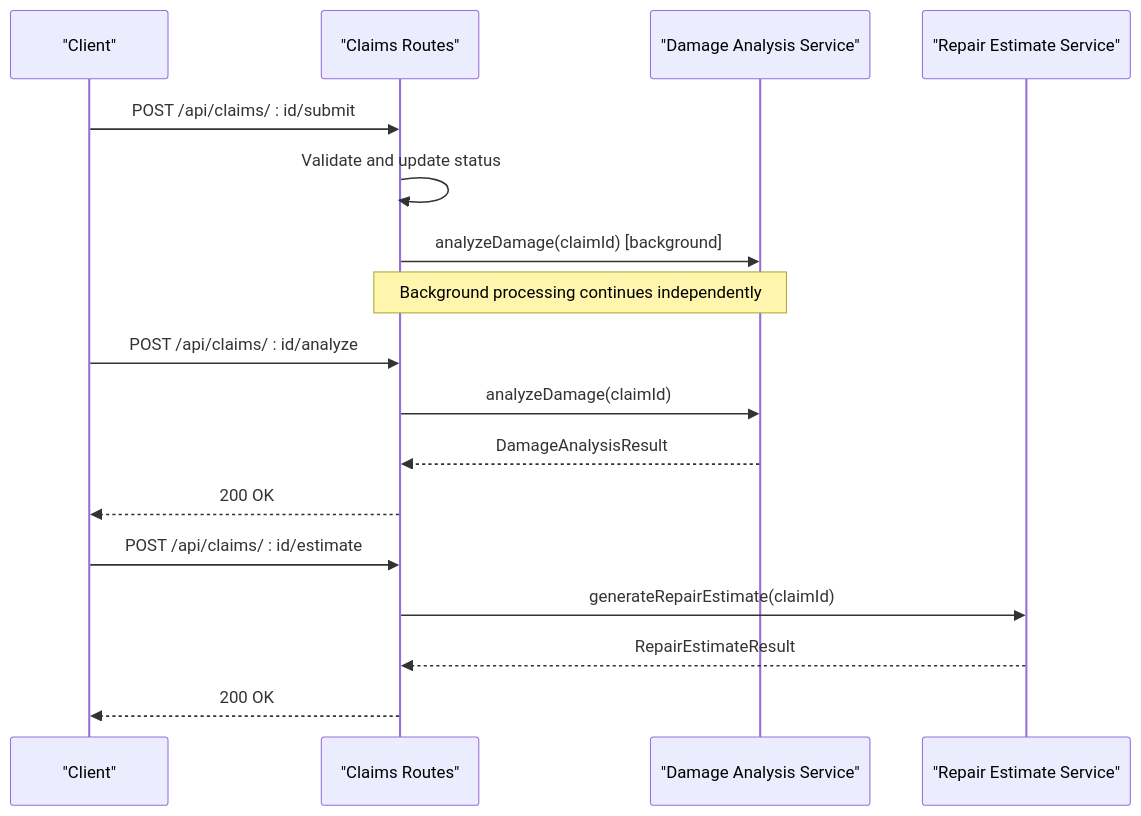
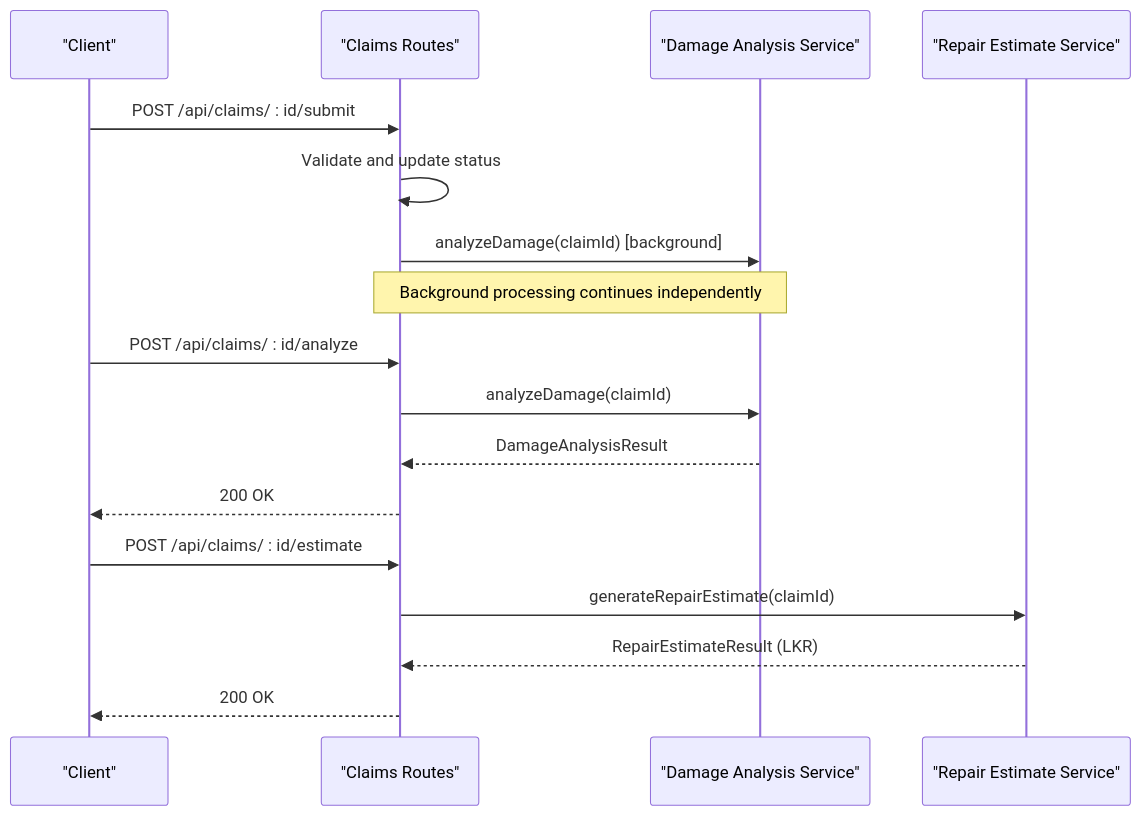
Before and after one commit to NaveenHiranya/Smart-Vehicle-Insurance-Claim-System: the fifth of 6 diagrams in .qoder/repowiki/en/content/Backend Documentation/Business Logic & Services/Repair Estimate Service.md, drawn with Mermaid. The commit also changed other lines of this file and 9 other files, not shown here.

````diff
--- a/.qoder/repowiki/en/content/Backend Documentation/Business Logic & Services/Repair Estimate Service.md
+++ b/.qoder/repowiki/en/content/Backend Documentation/Business Logic & Services/Repair Estimate Service.md
@@ -238,19 +265,19 @@
 ```mermaid
 sequenceDiagram
 participant Client as "Client"
 participant Routes as "Claims Routes"
 participant DAS as "Damage Analysis Service"
 participant RES as "Repair Estimate Service"
 Client->>Routes : POST /api/claims/ : id/submit
 Routes->>Routes : Validate and update status
 Routes->>DAS : analyzeDamage(claimId) [background]
 Note over Routes,DAS : Background processing continues independently
 Client->>Routes : POST /api/claims/ : id/analyze
 Routes->>DAS : analyzeDamage(claimId)
 DAS-->>Routes : DamageAnalysisResult
 Routes-->>Client : 200 OK
 Client->>Routes : POST /api/claims/ : id/estimate
 Routes->>RES : generateRepairEstimate(claimId)
-RES-->>Routes : RepairEstimateResult
+RES-->>Routes : RepairEstimateResult (LKR)
 Routes-->>Client : 200 OK
 ```
````
